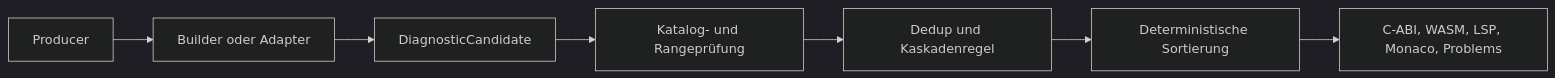
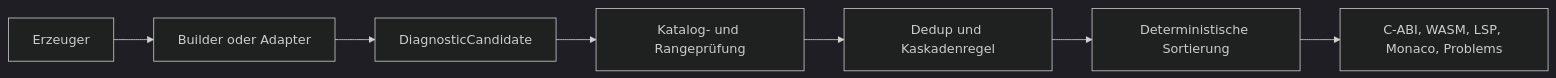
One commit to edigonzales/ilic-fork changed the diagram in docs/architecture/diagnostic-pipeline.md. Above: the diagram before and after it, drawn with Mermaid (dark theme). The commit also changed other lines of this file and 22 other files, not shown here.

````diff
--- a/docs/architecture/diagnostic-pipeline.md
+++ b/docs/architecture/diagnostic-pipeline.md
@@ -5,9 +5,9 @@
 ```mermaid
 flowchart LR
-  P[Producer] --> B[Builder oder Adapter]
+  P[Erzeuger] --> B[Builder oder Adapter]
   B --> C[DiagnosticCandidate]
   C --> V[Katalog- und Rangeprüfung]
   V --> D[Dedup und Kaskadenregel]
   D --> S[Deterministische Sortierung]
   S --> A[C-ABI, WASM, LSP, Monaco, Problems]
 ```
````
